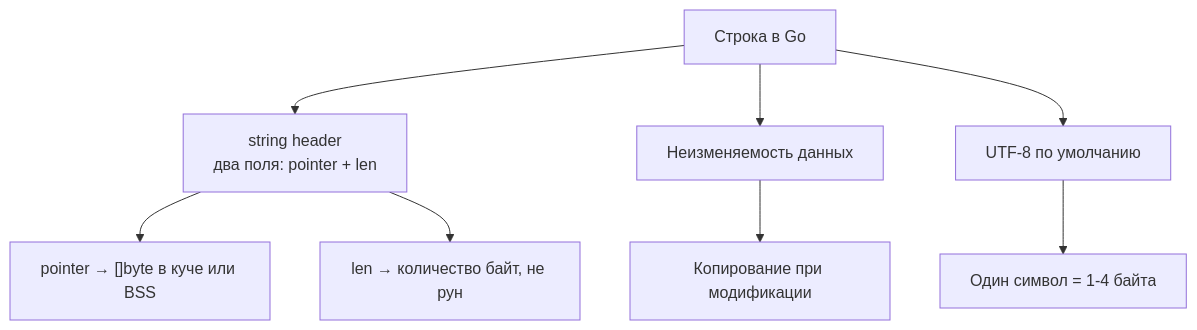
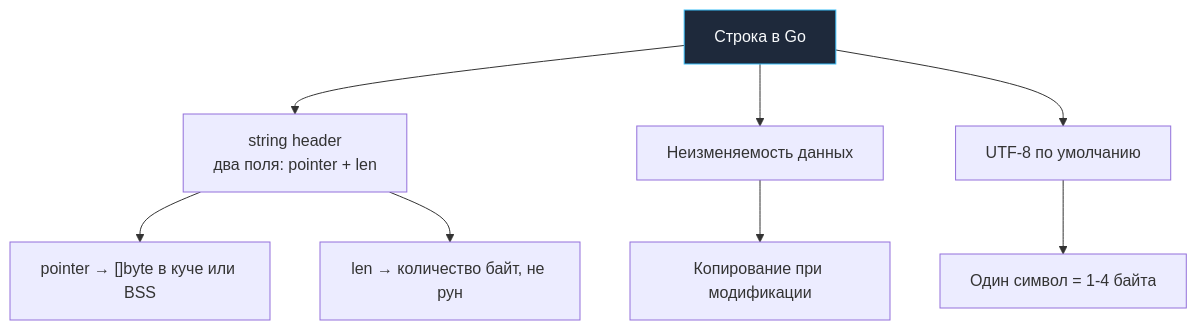
One commit to UnrealTemplier/go-textbook changed the first of 3 diagrams in sources/21. Задачи с LeetCode и собеседований на Go/02. Задачи/25. Строки/1. Теория. Строковые задачи.md. Above: the diagram before and after it, drawn with Mermaid. The commit also changed other lines of this file and 1666 other files, not shown here.

First line of the commit message:
feat(mermaid): add semantic color classDef to 1369 colorless flowchart/graph diagrams

````diff
--- a/sources/21. Задачи с LeetCode и собеседований на Go/02. Задачи/25. Строки/1. Теория. Строковые задачи.md
+++ b/sources/21. Задачи с LeetCode и собеседований на Go/02. Задачи/25. Строки/1. Теория. Строковые задачи.md
@@ -5,10 +5,20 @@
 ```mermaid
 flowchart TD
-    A["Строка в Go"] --> B["string header<br>два поля: pointer + len"]
+    classDef process  fill:#1e293b,stroke:#38bdf8,stroke-width:1px,color:#f8fafc
+    classDef success  fill:#064e3b,stroke:#34d399,stroke-width:1px,color:#f8fafc
+    classDef error    fill:#7f1d1d,stroke:#f87171,stroke-width:1px,color:#f8fafc
+    classDef warning  fill:#78350f,stroke:#fbbf24,stroke-width:1px,color:#f8fafc
+    classDef entry    fill:#1e3a5f,stroke:#38bdf8,stroke-width:2px,color:#f8fafc
+    classDef aux      fill:#334155,stroke:#64748b,stroke-width:1px,color:#f8fafc
+    classDef system   fill:#312e81,stroke:#a78bfa,stroke-width:1px,color:#f8fafc
+    classDef data     fill:#132d29,stroke:#2dd4bf,stroke-width:1px,color:#f8fafc
+    classDef network  fill:#881337,stroke:#fb7185,stroke-width:1px,color:#f8fafc
+    classDef accent   fill:#1e1b4b,stroke:#818cf8,stroke-width:1px,color:#f8fafc
+    A["Строка в Go"]:::process --> B["string header<br>два поля: pointer + len"]
     A --> C["Неизменяемость данных"]
     A --> D["UTF-8 по умолчанию"]
     B --> E["pointer → []byte в куче или BSS"]
     B --> F["len → количество байт, не рун"]
     C --> G["Копирование при модификации"]
     D --> H["Один символ = 1-4 байта"]
 ```
````
